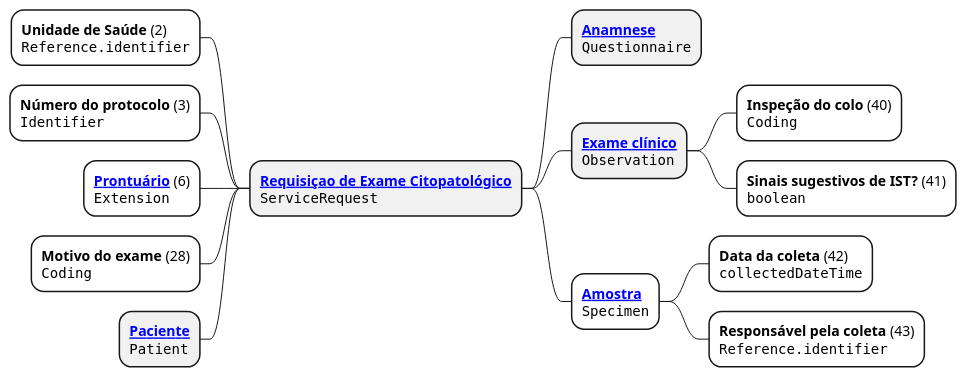
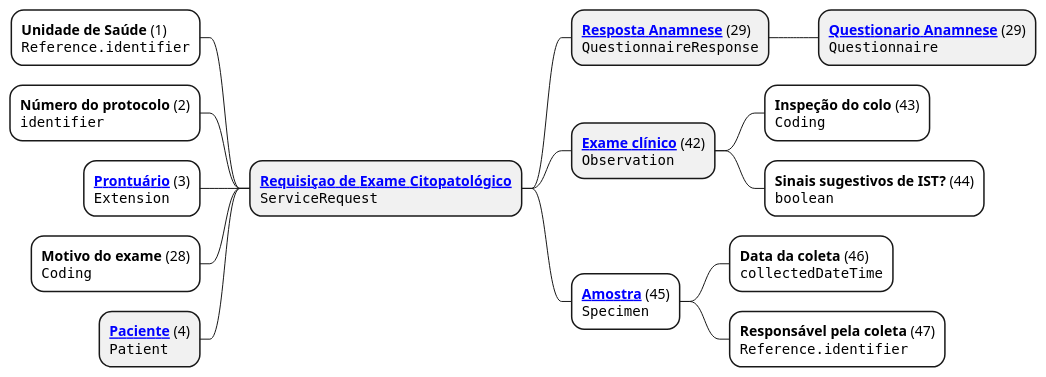
One commit to kyriosdata/farol changed the diagram in input/images-source/requisicao.plantuml. Above: the diagram before and after it, drawn with PlantUML. The commit also changed 2 other files, not shown here.

```diff
--- a/input/images-source/requisicao.plantuml
+++ b/input/images-source/requisicao.plantuml
@@ -1,17 +1,18 @@
 @startmindmap requisicao
 
 + **[[StructureDefinition-requisicao-exame-citopatologico.html Requisiçao de Exame Citopatológico]]**\n""ServiceRequest""
---[#White] **Unidade de Saúde** (2)\n""Reference.identifier""
---[#White] **Número do protocolo** (3)\n""Identifier""
---[#White] **[[StructureDefinition-identificador-prontuario.html Prontuário]]** (6)\n""Extension""
+--[#White] **Unidade de Saúde** (1)\n""Reference.identifier""
+--[#White] **Número do protocolo** (2)\n""identifier""
+--[#White] **[[StructureDefinition-identificador-prontuario.html Prontuário]]** (3)\n""Extension""
 --[#White] **Motivo do exame** (28)\n""Coding""
--- **[[StructureDefinition-paciente.html Paciente]]**\n""Patient""
-++ **[[Questionnaire-anamnese-exame-citopatologico.html Anamnese]]**\n""Questionnaire""
-++ **[[StructureDefinition-exame-clinico.html Exame clínico]]**\n""Observation""
-+++[#White] **Inspeção do colo** (40)\n""Coding""
-+++[#White] **Sinais sugestivos de IST?** (41)\n""boolean""
-++[#White] **[[StructureDefinition-amostra-requisicao.html Amostra]]**\n""Specimen""
-+++[#White] **Data da coleta** (42)\n""collectedDateTime""
-+++[#White] **Responsável pela coleta** (43)\n""Reference.identifier""
+-- **[[StructureDefinition-paciente.html Paciente]]** (4)\n""Patient""
+++ **[[StructureDefinition-anamnese-questionario.html Resposta Anamnese]]** (29)\n""QuestionnaireResponse""
++++ **[[Questionnaire-anamnese-exame-citopatologico.html Questionario Anamnese]]** (29)\n""Questionnaire""
+++ **[[StructureDefinition-exame-clinico.html Exame clínico]]** (42)\n""Observation""
++++[#White] **Inspeção do colo** (43)\n""Coding""
++++[#White] **Sinais sugestivos de IST?** (44)\n""boolean""
+++[#White] **[[StructureDefinition-amostra-requisicao.html Amostra]]** (45)\n""Specimen""
++++[#White] **Data da coleta** (46)\n""collectedDateTime""
++++[#White] **Responsável pela coleta** (47)\n""Reference.identifier""
 
 @enduml
```
